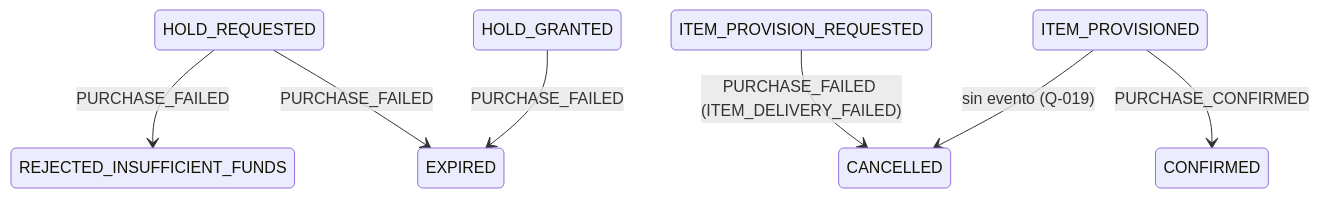
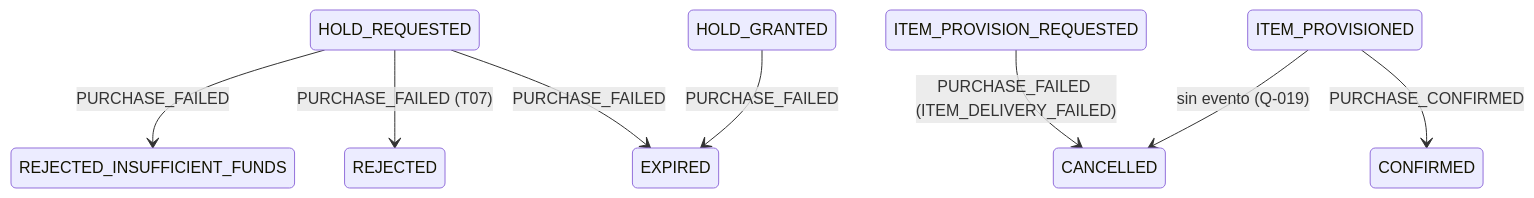
Before and after one commit to ValentinoMellia/tpi-market-vault: the diagram in 02 - Areas/Plataforma AulaQuest/Contrato de avisos de compra.md, drawn with Mermaid. The commit also changed other lines of this file and 6 other files, not shown here.

````diff
--- a/02 - Areas/Plataforma AulaQuest/Contrato de avisos de compra.md
+++ b/02 - Areas/Plataforma AulaQuest/Contrato de avisos de compra.md
@@ -45,9 +54,10 @@
 ```mermaid
 stateDiagram-v2
     HOLD_REQUESTED --> REJECTED_INSUFFICIENT_FUNDS: PURCHASE_FAILED
+    HOLD_REQUESTED --> REJECTED: PURCHASE_FAILED (T07)
     HOLD_REQUESTED --> EXPIRED: PURCHASE_FAILED
     HOLD_GRANTED --> EXPIRED: PURCHASE_FAILED
     ITEM_PROVISION_REQUESTED --> CANCELLED: PURCHASE_FAILED (ITEM_DELIVERY_FAILED)
     ITEM_PROVISIONED --> CONFIRMED: PURCHASE_CONFIRMED
     ITEM_PROVISIONED --> CANCELLED: sin evento (Q-019)
 ```
````
